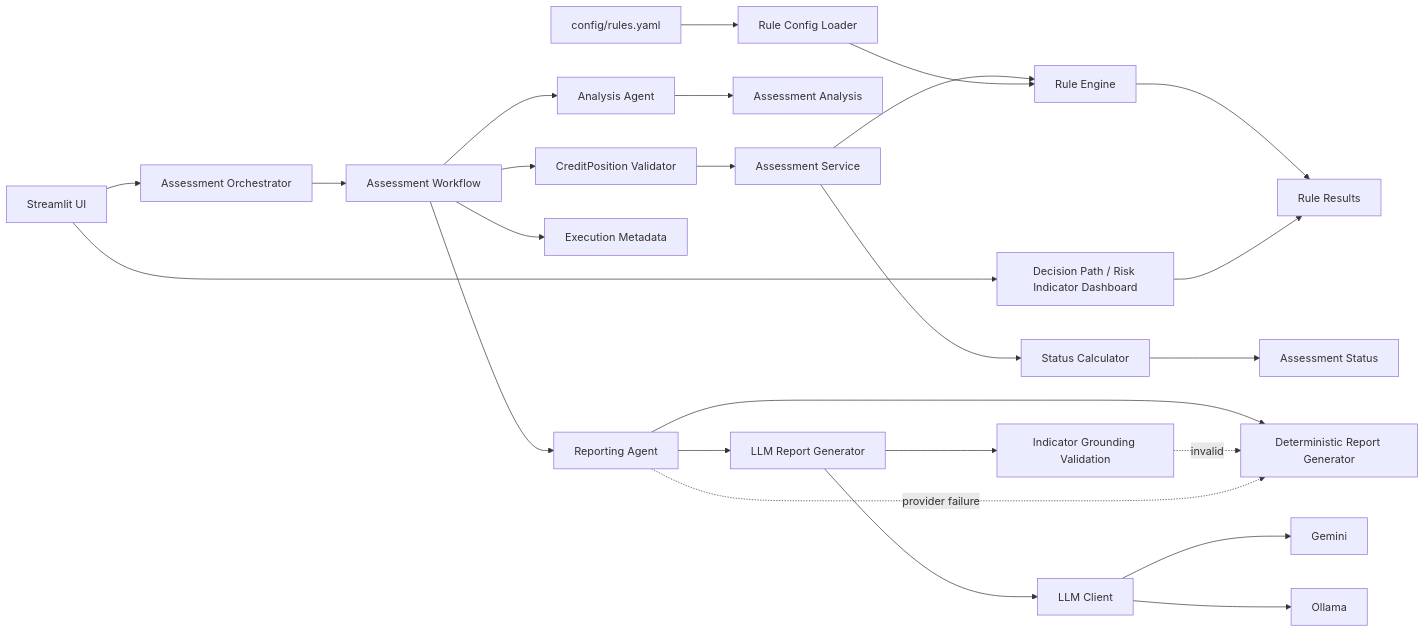
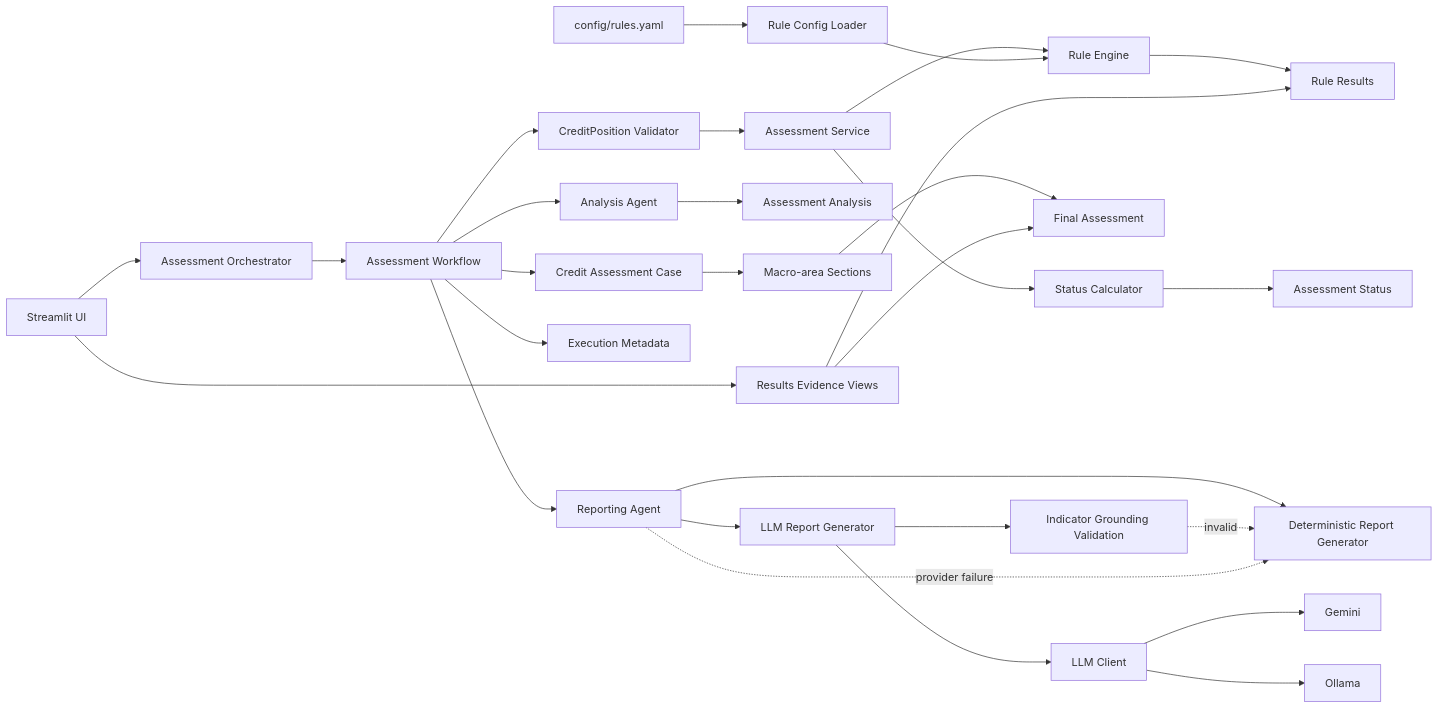
One commit to danielematix67-boop/credit-assessment-system changed the diagram in docs/architecture-decisions.md. Above: the diagram before and after it, drawn with Mermaid. The commit also changed other lines of this file, not shown here.

Commit message:
docs: align ADRs with current case and results architecture

````diff
--- a/docs/architecture-decisions.md
+++ b/docs/architecture-decisions.md
@@ -366,27 +373,31 @@
 ```mermaid
 flowchart LR
     UI[Streamlit UI] --> ORCH[Assessment Orchestrator]
     ORCH --> WF[Assessment Workflow]
     WF --> VAL[CreditPosition Validator]
     VAL --> AS[Assessment Service]
     AS --> RE[Rule Engine]
     RE --> RR[Rule Results]
     AS --> SC[Status Calculator]
     SC --> STATUS[Assessment Status]
+    WF --> CASE[Credit Assessment Case]
+    CASE --> SECTIONS[Macro-area Sections]
+    SECTIONS --> FINAL[Final Assessment]
     WF --> AA[Analysis Agent]
     AA --> ANA[Assessment Analysis]
     WF --> RP[Reporting Agent]
     RP --> DRG[Deterministic Report Generator]
     RP --> LLMG[LLM Report Generator]
     LLMG --> LC[LLM Client]
     LC --> GEM[Gemini]
     LC --> OLL[Ollama]
     LLMG --> GROUND[Indicator Grounding Validation]
     GROUND -. invalid .-> DRG
     RP -. provider failure .-> DRG
     WF --> META[Execution Metadata]
     CFG[config/rules.yaml] --> RCL[Rule Config Loader]
     RCL --> RE
-    UI --> EVID[Decision Path / Risk Indicator Dashboard]
+    UI --> EVID[Results Evidence Views]
     EVID --> RR
+    EVID --> FINAL
 ```
````
